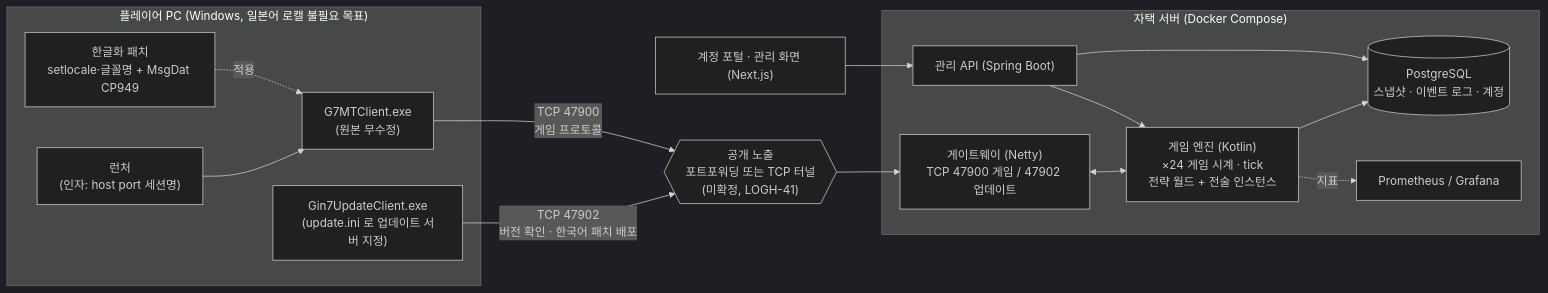
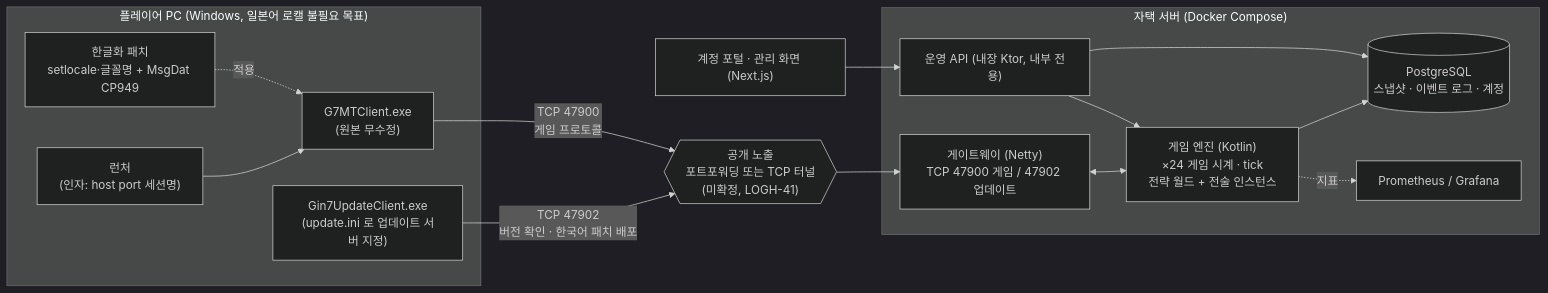
One commit to peppone-choi/logh7 changed the first of 2 diagrams in docs/ops/architecture.md. Above: the diagram before and after it, drawn with Mermaid (dark theme). The commit also changed 4 other files, not shown here.

````diff
--- a/docs/ops/architecture.md
+++ b/docs/ops/architecture.md
@@ -12,27 +12,27 @@
 ```mermaid
 flowchart LR
   subgraph Player["플레이어 PC (Windows, 일본어 로캘 불필요 목표)"]
     LA["런처<br/>(인자: host port 세션명)"] --> CL
     CL["G7MTClient.exe<br/>(원본 무수정)"]
     UPD["Gin7UpdateClient.exe<br/>(update.ini 로 업데이트 서버 지정)"]
     PATCH["한글화 패치<br/>setlocale·글꼴명 + MsgDat CP949"] -. 적용 .-> CL
   end
 
   subgraph Home["자택 서버 (Docker Compose)"]
     GW["게이트웨이 (Netty)<br/>TCP 47900 게임 / 47902 업데이트"]
     ENG["게임 엔진 (Kotlin)<br/>×24 게임 시계 · tick<br/>전략 월드 + 전술 인스턴스"]
-    ADM["관리 API (Spring Boot)"]
+    ADM["운영 API (내장 Ktor, 내부 전용)"]
     PG[("PostgreSQL<br/>스냅샷 · 이벤트 로그 · 계정")]
     MON["Prometheus / Grafana"]
     GW <--> ENG
     ENG --> PG
     ADM --> ENG
     ADM --> PG
     ENG -. 지표 .-> MON
   end
 
   WEB["계정 포털 · 관리 화면 (Next.js)"] --> ADM
   UPD -- "TCP 47902<br/>버전 확인 · 한국어 패치 배포" --> EXPOSE
   CL -- "TCP 47900<br/>게임 프로토콜" --> EXPOSE
   EXPOSE{{"공개 노출<br/>포트포워딩 또는 TCP 터널<br/>(미확정, LOGH-41)"}} --> GW
 ```
````
